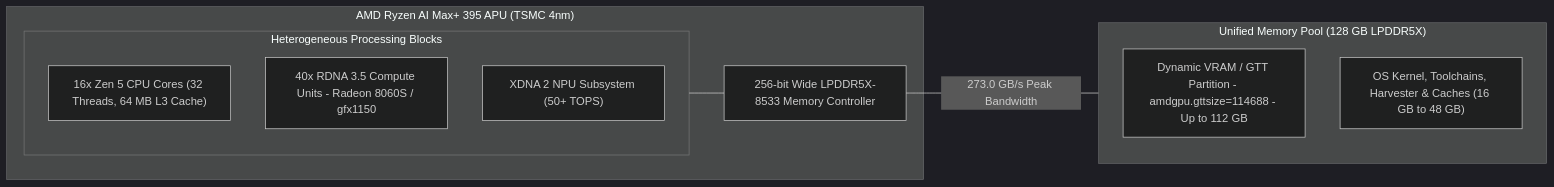
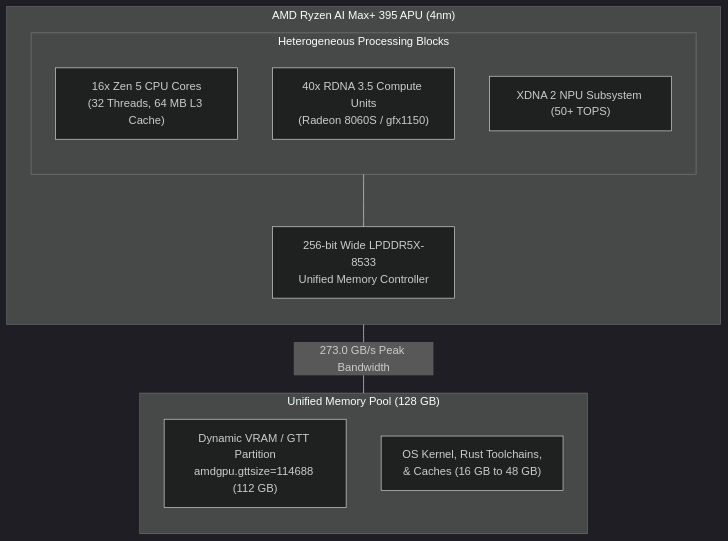
Before and after one commit to gintatkinson/DEAP01-spec-core: the second of 5 diagrams in docs/architecture/blueprints/DEAP_LOCAL_AIRGAPPED_DEEPSEEK_WORKSTATION_BLUEPRINT.md, drawn with Mermaid (dark theme). The commit also changed other lines of this file and 28 other files, not shown here.

````diff
--- a/docs/architecture/blueprints/DEAP_LOCAL_AIRGAPPED_DEEPSEEK_WORKSTATION_BLUEPRINT.md
+++ b/docs/architecture/blueprints/DEAP_LOCAL_AIRGAPPED_DEEPSEEK_WORKSTATION_BLUEPRINT.md
@@ -91,20 +95,23 @@
 ```mermaid
-flowchart LR
-    subgraph StrixHaloSoC["AMD Ryzen AI Max+ 395 APU (TSMC 4nm)"]
+flowchart TD
+    subgraph StrixHaloSoC["AMD Ryzen AI Max+ 395 APU (4nm)"]
+        direction TB
         subgraph ComputeUnits["Heterogeneous Processing Blocks"]
-            Zen5["16x Zen 5 CPU Cores (32 Threads, 64 MB L3 Cache)"]
-            RDNA35["40x RDNA 3.5 Compute Units - Radeon 8060S / gfx1150"]
+            direction TB
+            Zen5["16x Zen 5 CPU Cores<br/>(32 Threads, 64 MB L3 Cache)"]
+            RDNA35["40x RDNA 3.5 Compute Units<br/>(Radeon 8060S / gfx1150)"]
             XDNA2["XDNA 2 NPU Subsystem (50+ TOPS)"]
         end
 
-        MemCtrl["256-bit Wide LPDDR5X-8533 Memory Controller"]
+        MemCtrl["256-bit Wide LPDDR5X-8533<br/>Unified Memory Controller"]
         ComputeUnits --- MemCtrl
     end
 
-    subgraph PhysicalMemory["Unified Memory Pool (128 GB LPDDR5X)"]
-        GTT_VRAM["Dynamic VRAM / GTT Partition - amdgpu.gttsize=114688 - Up to 112 GB"]
-        SysRAM["OS Kernel, Toolchains, Harvester & Caches (16 GB to 48 GB)"]
+    subgraph PhysicalMemory["Unified Memory Pool (128 GB)"]
+        direction TB
+        GTT_VRAM["Dynamic VRAM / GTT Partition<br/>amdgpu.gttsize=114688 (112 GB)"]
+        SysRAM["OS Kernel, Rust Toolchains,<br/>& Caches (16 GB to 48 GB)"]
     end
 
     MemCtrl ---|"273.0 GB/s Peak Bandwidth"| PhysicalMemory
 ```
````
